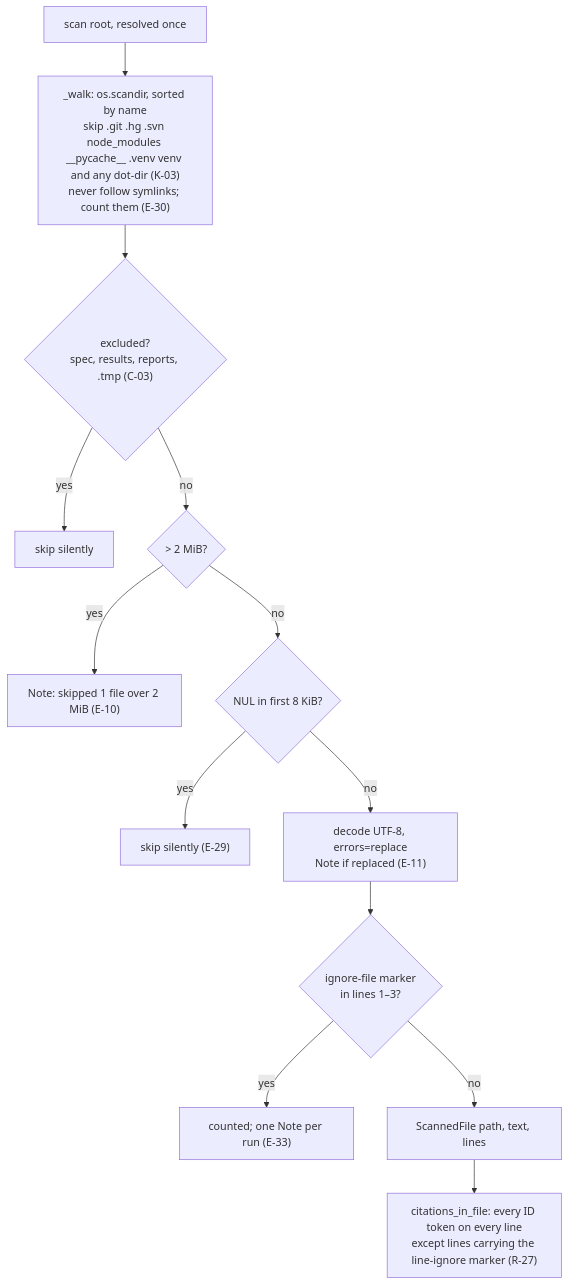
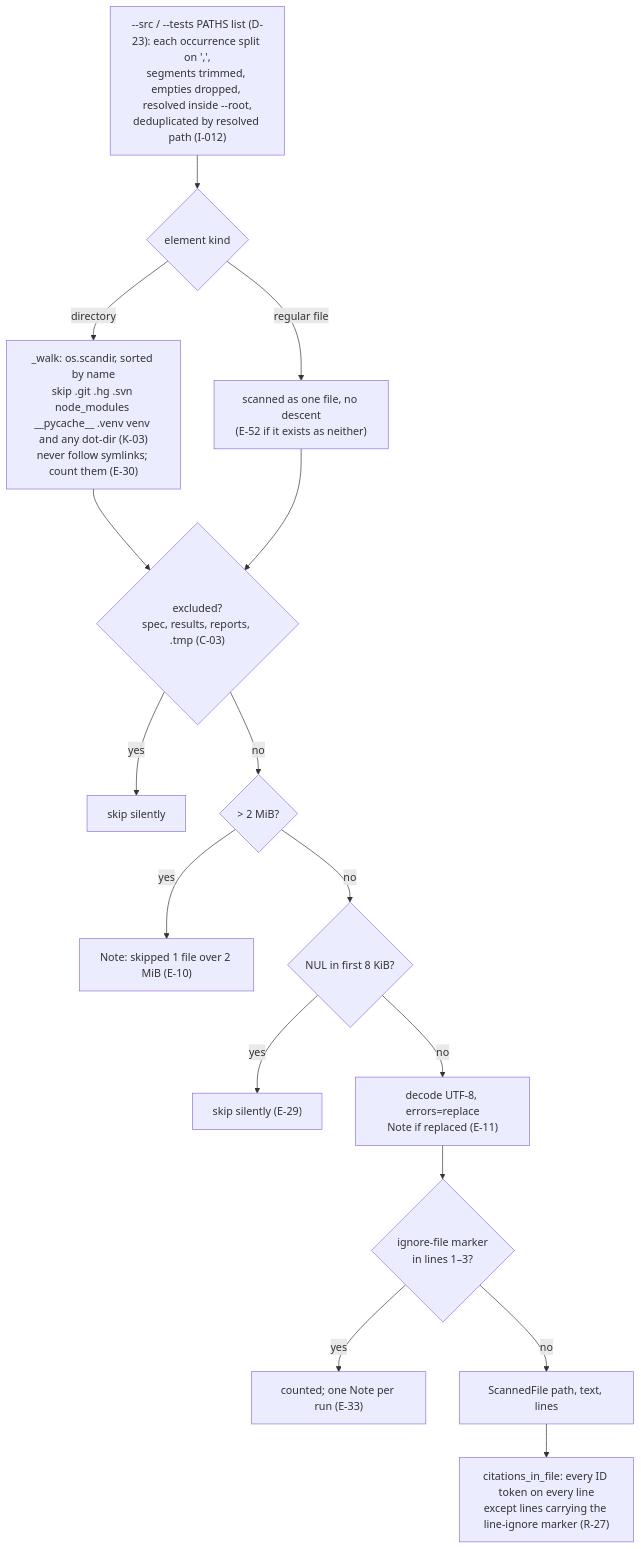
One commit to rioffe/speccheck changed the sixth of 12 diagrams in ARCHITECTURE.md. Above: the diagram before and after it, drawn with Mermaid. The commit also changed other lines of this file and 3 other files, not shown here.

First line of the commit message:
docs(architecture): rewrite ARCHITECTURE.md to the v1.18 build, and fix two defects the render showed (F-5)

````diff
--- a/ARCHITECTURE.md
+++ b/ARCHITECTURE.md
@@ -317,15 +446,18 @@
 ```mermaid
 flowchart TD
-    root[scan root, resolved once] --> walk["_walk: os.scandir, sorted by name<br/>skip .git .hg .svn node_modules __pycache__ .venv venv and any dot-dir (K-03)<br/>never follow symlinks; count them (E-30)"]
+    root["--src / --tests PATHS list (D-23): each occurrence split on ',',<br/>segments trimmed, empties dropped, resolved inside --root,<br/>deduplicated by resolved path (I-012)"] --> elem{"element kind"}
+    elem -->|directory| walk["_walk: os.scandir, sorted by name<br/>skip .git .hg .svn node_modules __pycache__ .venv venv and any dot-dir (K-03)<br/>never follow symlinks; count them (E-30)"]
+    elem -->|"regular file"| one["scanned as one file, no descent<br/>(E-52 if it exists as neither)"]
     walk --> ex{"excluded?<br/>spec, results, reports, .tmp (C-03)"}
+    one --> ex
     ex -->|yes| drop1[skip silently]
     ex -->|no| size{"> 2 MiB?"}
     size -->|yes| note1["Note: skipped 1 file over 2 MiB (E-10)"]
     size -->|no| bin{"NUL in first 8 KiB?"}
     bin -->|yes| drop2["skip silently (E-29)"]
     bin -->|no| dec["decode UTF-8, errors=replace<br/>Note if replaced (E-11)"]
     dec --> ig{"ignore-file marker<br/>in lines 1–3?"}
     ig -->|yes| note2["counted; one Note per run (E-33)"]
     ig -->|no| file[ScannedFile path, text, lines]
     file --> cit["citations_in_file: every ID token on every line<br/>except lines carrying the line-ignore marker (R-27)"]
 ```
````
